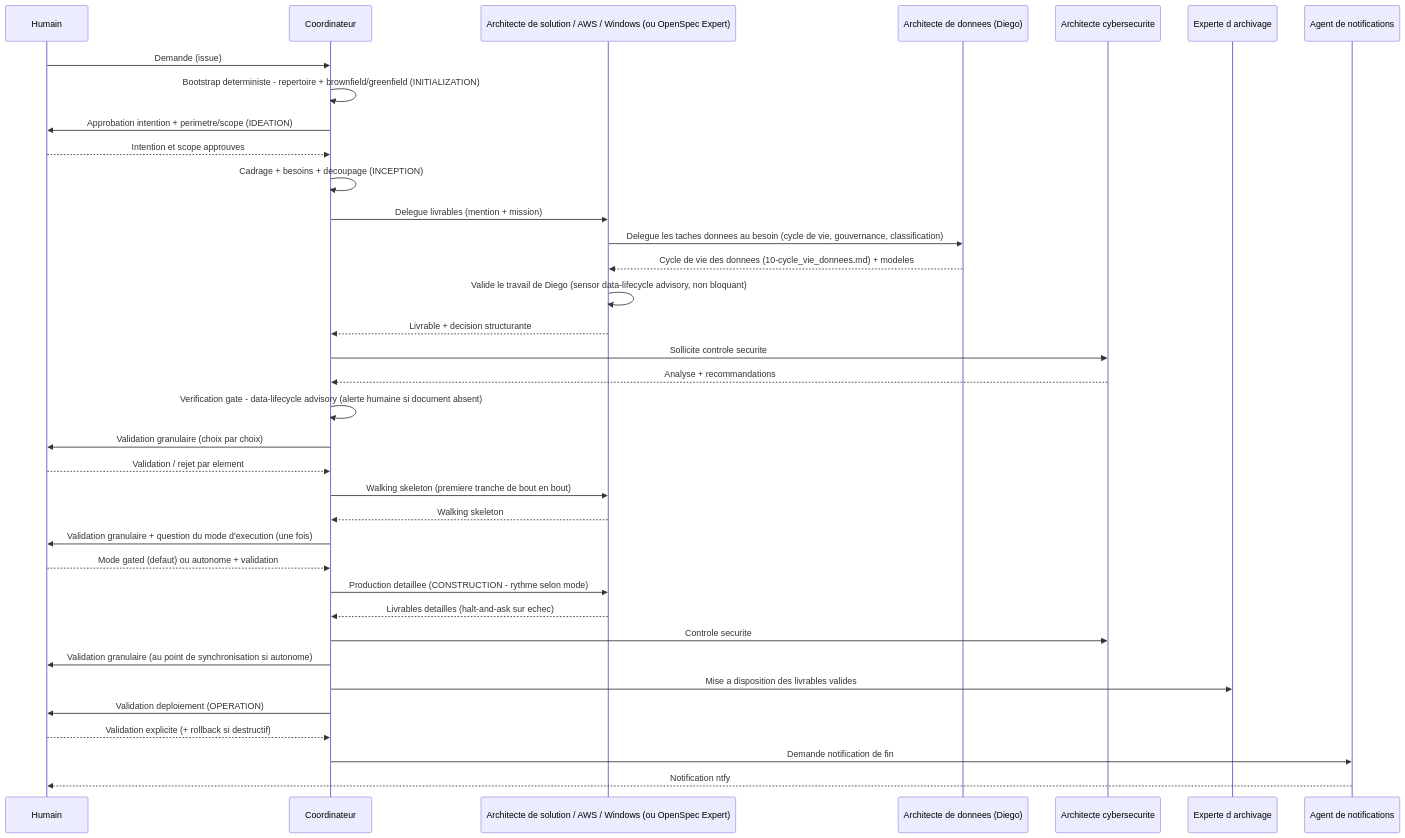
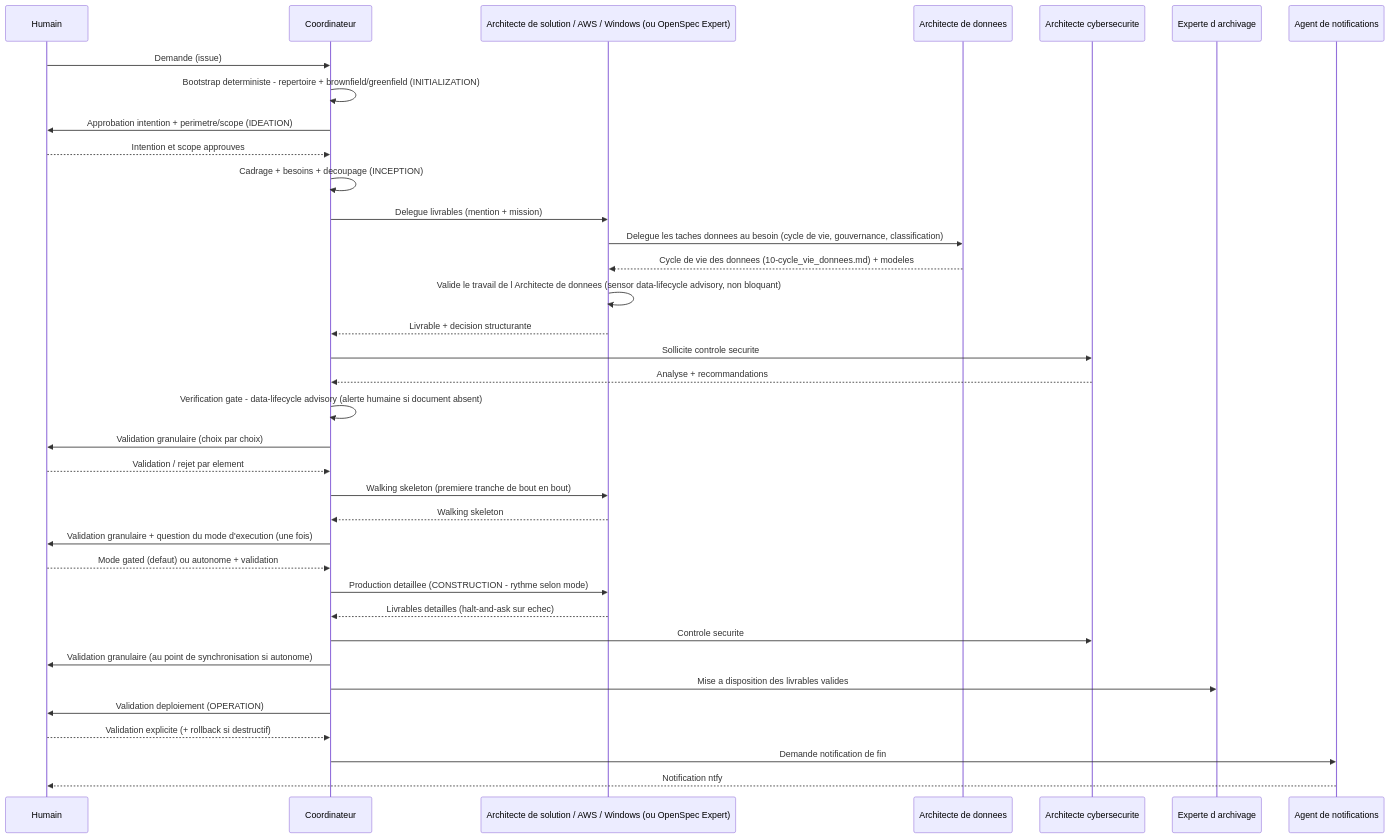
The second of 2 diagrams in core/common/conductor.md (Gsyltc/homelab-portfolio), drawn with Mermaid before and after one commit. The commit also changed other lines of this file and 6 other files, not shown here.

````diff
--- a/core/common/conductor.md
+++ b/core/common/conductor.md
@@ -165,39 +165,39 @@
 ```mermaid
 sequenceDiagram
     participant H as Humain
     participant S as Coordinateur
     participant A as Architecte de solution / AWS / Windows (ou OpenSpec Expert)
-    participant D as Architecte de donnees (Diego)
+    participant D as Architecte de donnees
     participant X as Architecte cybersecurite
     participant N as Experte d archivage
     participant AL as Agent de notifications
 
     H->>S: Demande (issue)
     S->>S: Bootstrap deterministe - repertoire + brownfield/greenfield (INITIALIZATION)
     S->>H: Approbation intention + perimetre/scope (IDEATION)
     H-->>S: Intention et scope approuves
     S->>S: Cadrage + besoins + decoupage (INCEPTION)
     S->>A: Delegue livrables (mention + mission)
     A->>D: Delegue les taches donnees au besoin (cycle de vie, gouvernance, classification)
     D-->>A: Cycle de vie des donnees (10-cycle_vie_donnees.md) + modeles
-    A->>A: Valide le travail de Diego (sensor data-lifecycle advisory, non bloquant)
+    A->>A: Valide le travail de l Architecte de donnees (sensor data-lifecycle advisory, non bloquant)
     A-->>S: Livrable + decision structurante
     S->>X: Sollicite controle securite
     X-->>S: Analyse + recommandations
     S->>S: Verification gate - data-lifecycle advisory (alerte humaine si document absent)
     S->>H: Validation granulaire (choix par choix)
     H-->>S: Validation / rejet par element
     S->>A: Walking skeleton (premiere tranche de bout en bout)
     A-->>S: Walking skeleton
     S->>H: Validation granulaire + question du mode d'execution (une fois)
     H-->>S: Mode gated (defaut) ou autonome + validation
     S->>A: Production detaillee (CONSTRUCTION - rythme selon mode)
     A-->>S: Livrables detailles (halt-and-ask sur echec)
     S->>X: Controle securite
     S->>H: Validation granulaire (au point de synchronisation si autonome)
     S->>N: Mise a disposition des livrables valides
     S->>H: Validation deploiement (OPERATION)
     H-->>S: Validation explicite (+ rollback si destructif)
     S->>AL: Demande notification de fin
     AL-->>H: Notification ntfy
 ```
````
